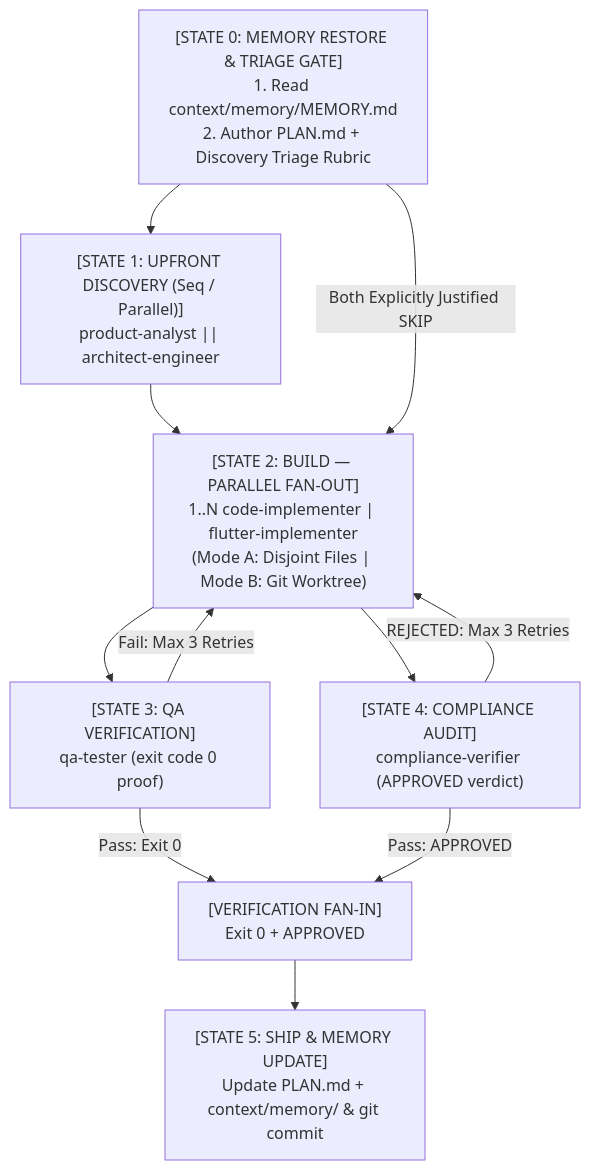
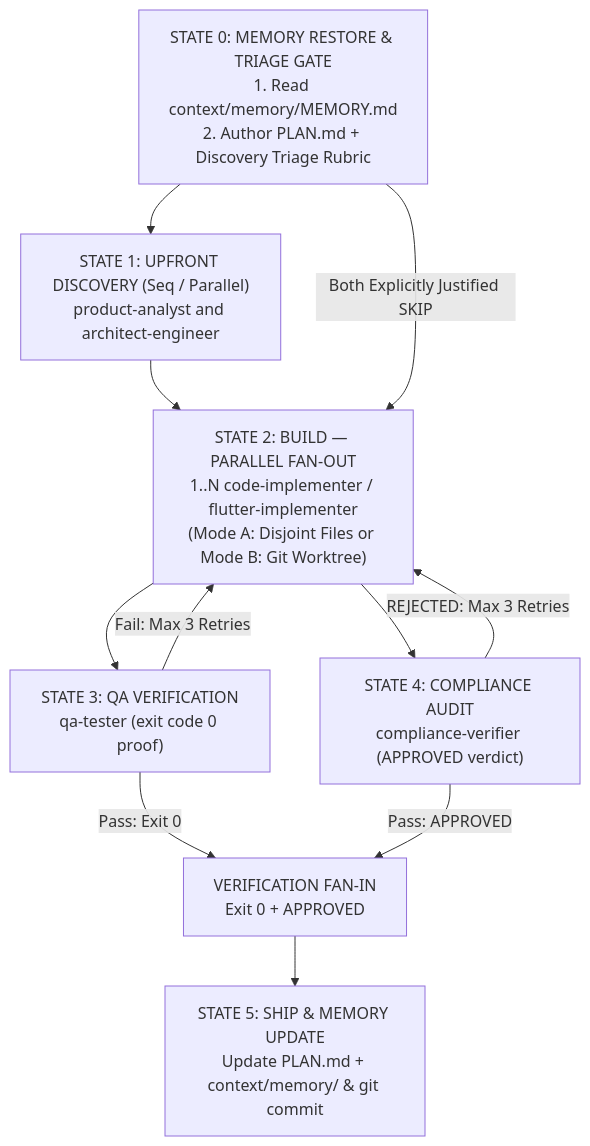
One commit to jggomez/expert-ai-developer-skills changed the diagram in AGENTS.md. Above: the diagram before and after it, drawn with Mermaid. The commit also changed 19 other files, not shown here.

Commit message:
docs(readme): fix mermaid syntax, broken relative links, and plugin guides

````diff
--- a/AGENTS.md
+++ b/AGENTS.md
@@ -25,13 +25,13 @@
 ```mermaid
 flowchart TD
-    STATE0["[STATE 0: MEMORY RESTORE & TRIAGE GATE]<br/>1. Read context/memory/MEMORY.md<br/>2. Author PLAN.md + Discovery Triage Rubric"] --> STATE1["[STATE 1: UPFRONT DISCOVERY (Seq / Parallel)]<br/>product-analyst || architect-engineer"]
-    STATE1 --> STATE2["[STATE 2: BUILD — PARALLEL FAN-OUT]<br/>1..N code-implementer | flutter-implementer<br/>(Mode A: Disjoint Files | Mode B: Git Worktree)"]
-    STATE0 -->|Both Explicitly Justified SKIP| STATE2
-    STATE2 --> STATE3_4_QA["[STATE 3: QA VERIFICATION]<br/>qa-tester (exit code 0 proof)"]
-    STATE2 --> STATE3_4_AUDIT["[STATE 4: COMPLIANCE AUDIT]<br/>compliance-verifier (APPROVED verdict)"]
-    STATE3_4_QA -->|Fail: Max 3 Retries| STATE2
-    STATE3_4_AUDIT -->|REJECTED: Max 3 Retries| STATE2
-    STATE3_4_QA -->|Pass: Exit 0| FAN_IN["[VERIFICATION FAN-IN]<br/>Exit 0 + APPROVED"]
-    STATE3_4_AUDIT -->|Pass: APPROVED| FAN_IN
-    FAN_IN --> STATE5["[STATE 5: SHIP & MEMORY UPDATE]<br/>Update PLAN.md + context/memory/ & git commit"]
+    STATE0["STATE 0: MEMORY RESTORE & TRIAGE GATE<br/>1. Read context/memory/MEMORY.md<br/>2. Author PLAN.md + Discovery Triage Rubric"] --> STATE1["STATE 1: UPFRONT DISCOVERY (Seq / Parallel)<br/>product-analyst and architect-engineer"]
+    STATE1 --> STATE2["STATE 2: BUILD — PARALLEL FAN-OUT<br/>1..N code-implementer / flutter-implementer<br/>(Mode A: Disjoint Files or Mode B: Git Worktree)"]
+    STATE0 -->|"Both Explicitly Justified SKIP"| STATE2
+    STATE2 --> STATE3_4_QA["STATE 3: QA VERIFICATION<br/>qa-tester (exit code 0 proof)"]
+    STATE2 --> STATE3_4_AUDIT["STATE 4: COMPLIANCE AUDIT<br/>compliance-verifier (APPROVED verdict)"]
+    STATE3_4_QA -->|"Fail: Max 3 Retries"| STATE2
+    STATE3_4_AUDIT -->|"REJECTED: Max 3 Retries"| STATE2
+    STATE3_4_QA -->|"Pass: Exit 0"| FAN_IN["VERIFICATION FAN-IN<br/>Exit 0 + APPROVED"]
+    STATE3_4_AUDIT -->|"Pass: APPROVED"| FAN_IN
+    FAN_IN --> STATE5["STATE 5: SHIP & MEMORY UPDATE<br/>Update PLAN.md + context/memory/ & git commit"]
 ```
````
